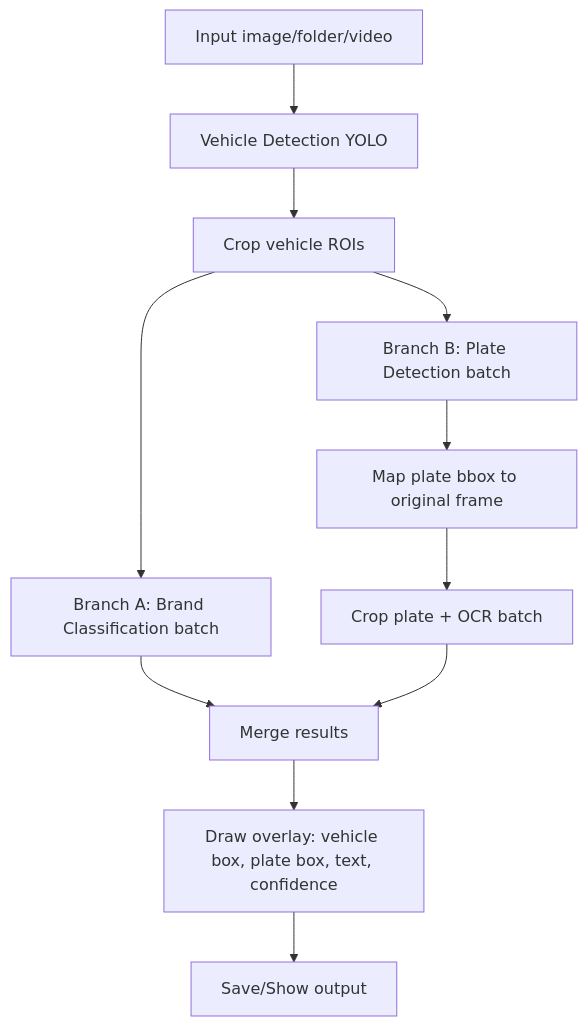
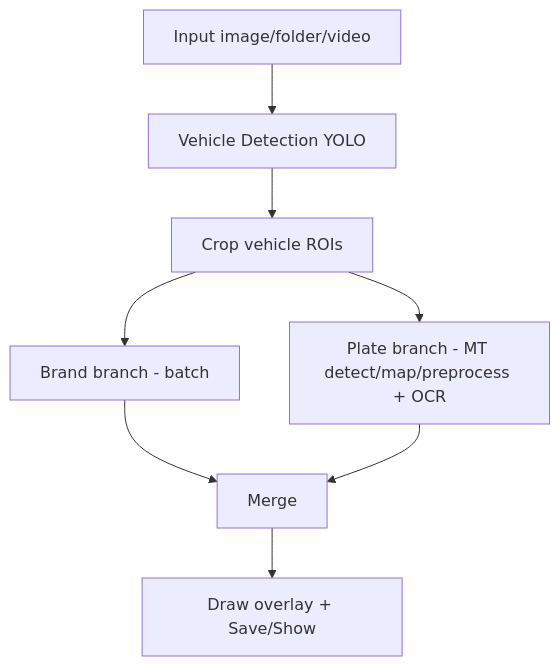
The diagram in README.md (vietanhlee/Trafic-Monitoring), drawn with Mermaid before and after one commit. The commit also changed other lines of this file and 2 other files, not shown here.

Commit message:
Update .gitignore and README for clarity; adjust video inference frame interval

````diff
--- a/README.md
+++ b/README.md
@@ -29,16 +25,10 @@
 ```mermaid
 flowchart TD
     A[Input image/folder/video] --> B[Vehicle Detection YOLO]
     B --> C[Crop vehicle ROIs]
-
-    C --> D[Branch A: Brand Classification batch]
-    C --> E[Branch B: Plate Detection batch]
-    E --> F[Map plate bbox to original frame]
-    F --> G[Crop plate + OCR batch]
-
-    D --> H[Merge results]
-    G --> H
-
-    H --> I[Draw overlay: vehicle box, plate box, text, confidence]
-    I --> J[Save/Show output]
+    C --> D[Brand branch - batch]
+    C --> E[Plate branch - MT detect/map/preprocess + OCR]
+    D --> F[Merge]
+    E --> F
+    F --> G[Draw overlay + Save/Show]
 ```
````
